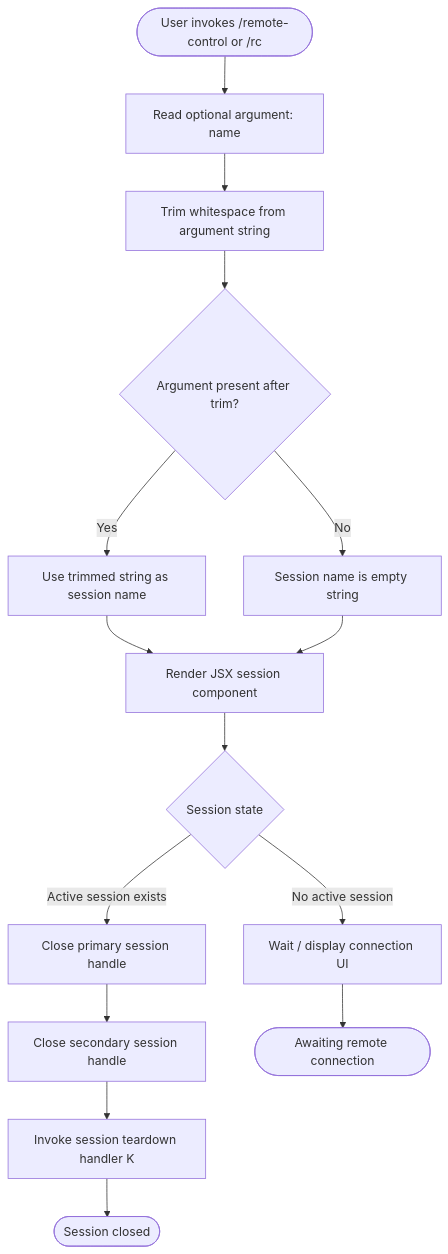
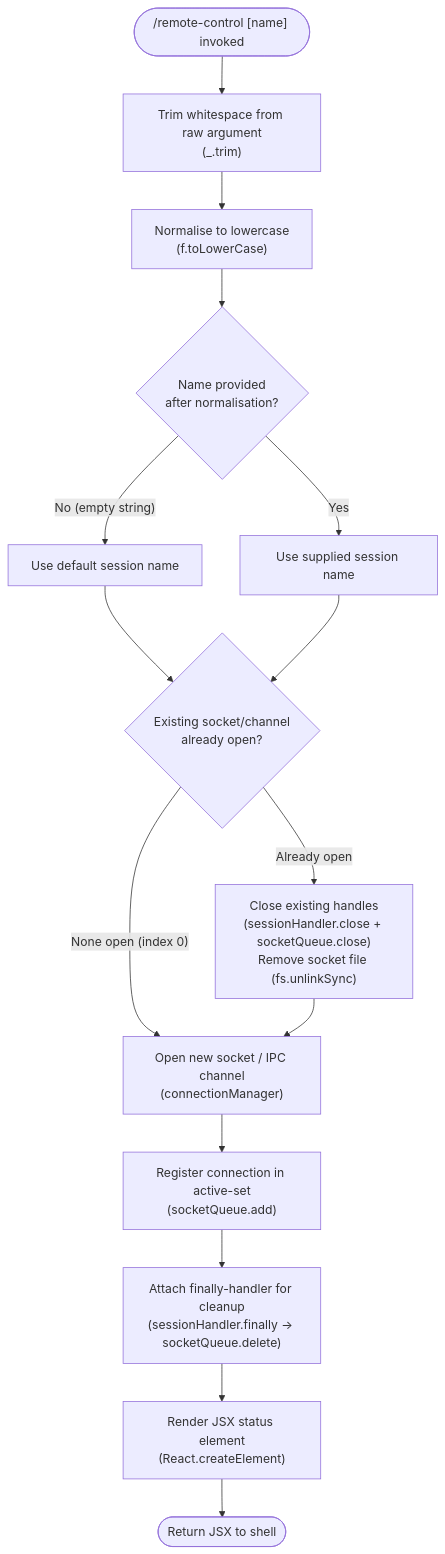
One commit to MyLittleLuckyDog/cc-gnothi changed the diagram in versions/v2.1.133/remote-control.md. Above: the diagram before and after it, drawn with Mermaid. The commit also changed other lines of this file and 95 other files, not shown here.

````diff
--- a/versions/v2.1.133/remote-control.md
+++ b/versions/v2.1.133/remote-control.md
@@ -48,17 +54,17 @@
 ```mermaid
 flowchart TD
-    A([User invokes /remote-control or /rc]) --> B[Read optional argument: name]
-    B --> C[Trim whitespace from argument string]
-    C --> D{Argument present after trim?}
-    D -- Yes --> E[Use trimmed string as session name]
-    D -- No --> F[Session name is empty string]
-    E --> G[Render JSX session component]
+    A(["/remote-control [name] invoked"]) --> B["Trim whitespace from raw argument\n(_.trim)"]
+    B --> C["Normalise to lowercase\n(f.toLowerCase)"]
+    C --> D{Name provided\nafter normalisation?}
+    D -- "No (empty string)" --> E["Use default session name"]
+    D -- "Yes" --> F["Use supplied session name"]
+    E --> G{Existing socket/channel\nalready open?}
     F --> G
-    G --> H{Session state}
-    H -- Active session exists --> I[Close primary session handle]
-    I --> J[Close secondary session handle]
-    J --> K[Invoke session teardown handler K]
-    H -- No active session --> L[Wait / display connection UI]
-    K --> M([Session closed])
-    L --> N([Awaiting remote connection])
+    G -- "None open (index 0)" --> H["Open new socket / IPC channel\n(connectionManager)"]
+    G -- "Already open" --> I["Close existing handles\n(sessionHandler.close + socketQueue.close)\nRemove socket file (fs.unlinkSync)"]
+    I --> H
+    H --> J["Register connection in active-set\n(socketQueue.add)"]
+    J --> K["Attach finally-handler for cleanup\n(sessionHandler.finally → socketQueue.delete)"]
+    K --> L["Render JSX status element\n(React.createElement)"]
+    L --> M([Return JSX to shell])
 ```
````
